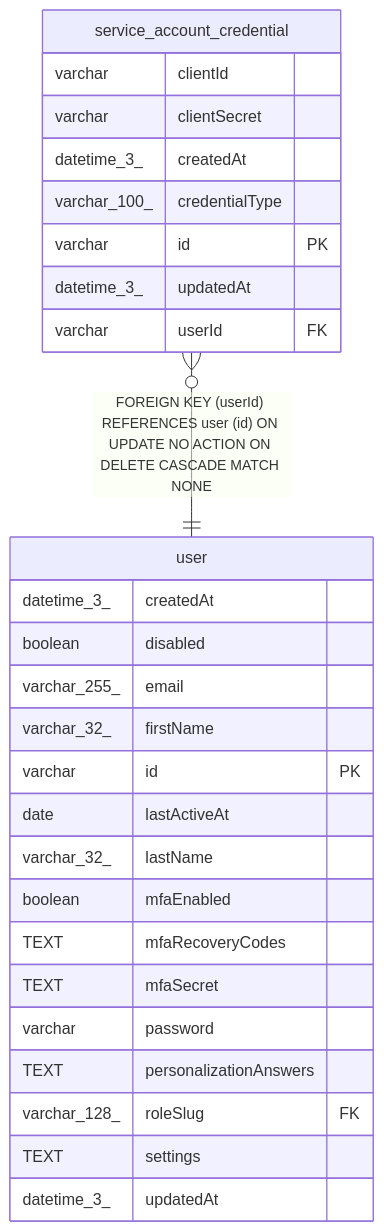
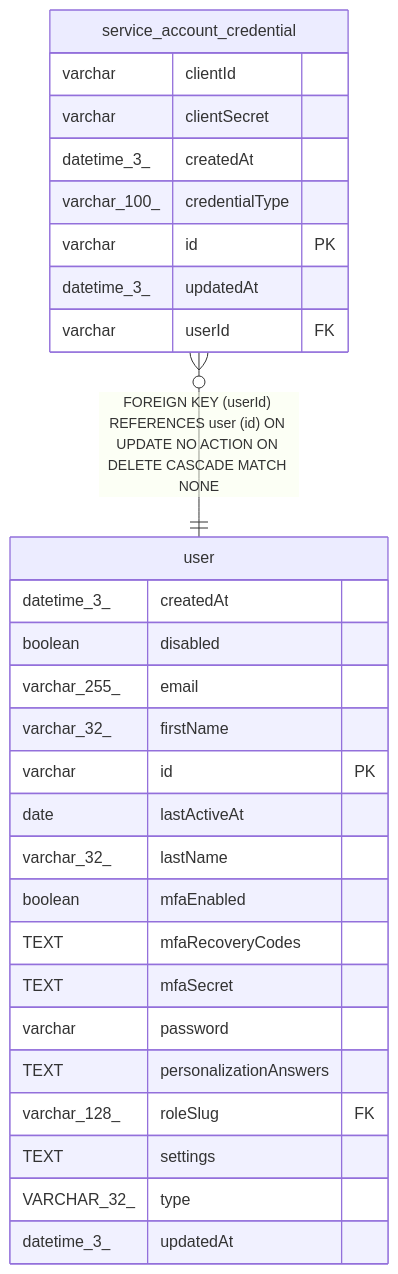
The diagram in docs/generated/sqlite-schema/service_account_credential.md (mayankjain1815-commits/n8n), drawn with Mermaid before and after one commit. The commit also changed 150 other files, not shown here.

````diff
--- a/docs/generated/sqlite-schema/service_account_credential.md
+++ b/docs/generated/sqlite-schema/service_account_credential.md
@@ -44,32 +44,33 @@
 ```mermaid
 erDiagram
 
 "service_account_credential" }o--|| "user" : "FOREIGN KEY (userId) REFERENCES user (id) ON UPDATE NO ACTION ON DELETE CASCADE MATCH NONE"
 
 "service_account_credential" {
   varchar clientId
   varchar clientSecret
   datetime_3_ createdAt
   varchar_100_ credentialType
   varchar id PK
   datetime_3_ updatedAt
   varchar userId FK
 }
 "user" {
   datetime_3_ createdAt
   boolean disabled
   varchar_255_ email
   varchar_32_ firstName
   varchar id PK
   date lastActiveAt
   varchar_32_ lastName
   boolean mfaEnabled
   TEXT mfaRecoveryCodes
   TEXT mfaSecret
   varchar password
   TEXT personalizationAnswers
   varchar_128_ roleSlug FK
   TEXT settings
+  VARCHAR_32_ type
   datetime_3_ updatedAt
 }
 ```
````
